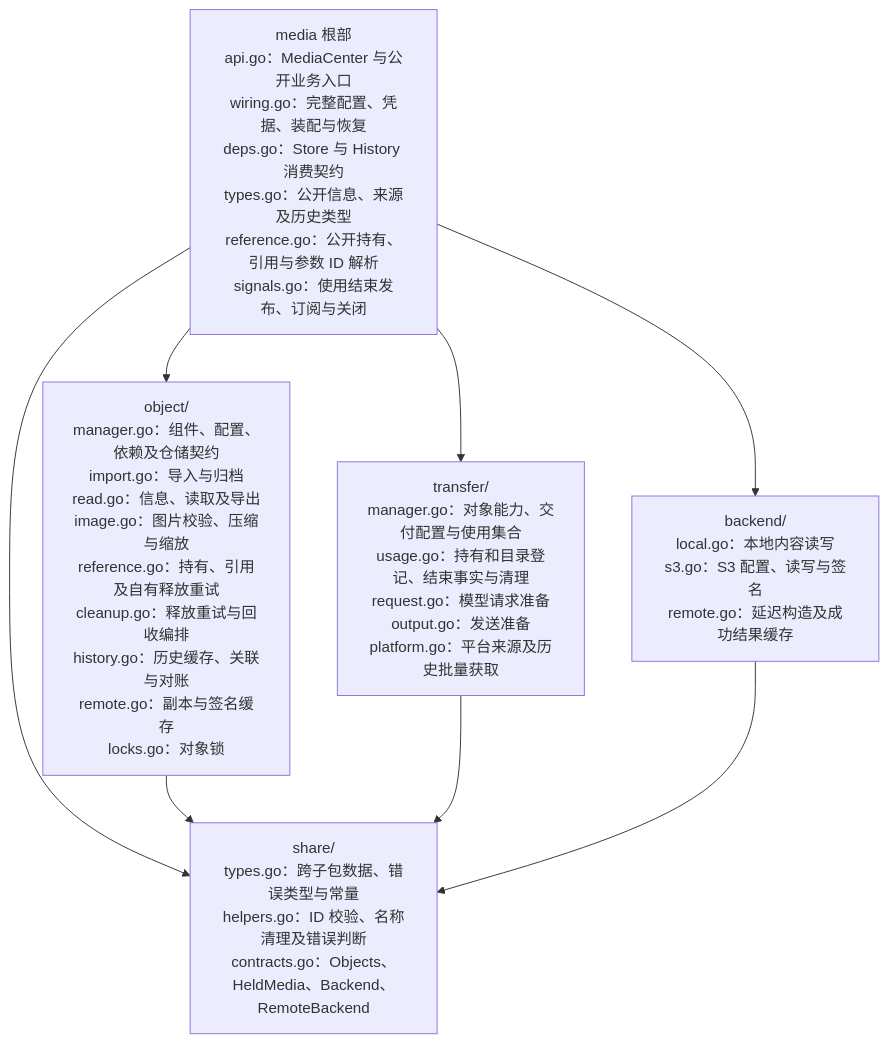
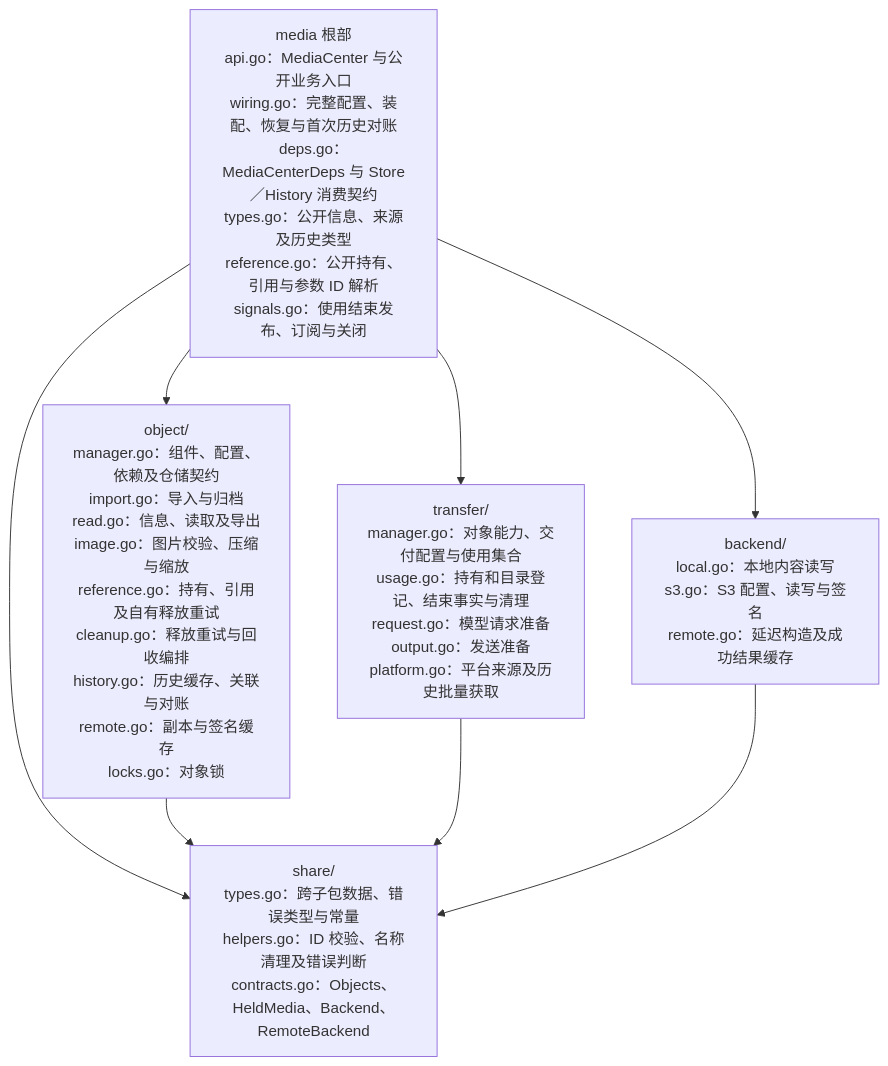
One commit to Elflare/elbot changed the third of 8 diagrams in devdocs/app-design.md. Above: the diagram before and after it, drawn with Mermaid. The commit also changed other lines of this file and 41 other files, not shown here.

````diff
--- a/devdocs/app-design.md
+++ b/devdocs/app-design.md
@@ -126,15 +138,15 @@
 ```mermaid
 flowchart TB
-    R["media 根部<br/>api.go：MediaCenter 与公开业务入口<br/>wiring.go：完整配置、凭据、装配与恢复<br/>deps.go：Store 与 History 消费契约<br/>types.go：公开信息、来源及历史类型<br/>reference.go：公开持有、引用与参数 ID 解析<br/>signals.go：使用结束发布、订阅与关闭"]
+    R["media 根部<br/>api.go：MediaCenter 与公开业务入口<br/>wiring.go：完整配置、装配、恢复与首次历史对账<br/>deps.go：MediaCenterDeps 与 Store／History 消费契约<br/>types.go：公开信息、来源及历史类型<br/>reference.go：公开持有、引用与参数 ID 解析<br/>signals.go：使用结束发布、订阅与关闭"]
     O["object/<br/>manager.go：组件、配置、依赖及仓储契约<br/>import.go：导入与归档<br/>read.go：信息、读取及导出<br/>image.go：图片校验、压缩与缩放<br/>reference.go：持有、引用及自有释放重试<br/>cleanup.go：释放重试与回收编排<br/>history.go：历史缓存、关联与对账<br/>remote.go：副本与签名缓存<br/>locks.go：对象锁"]
     T["transfer/<br/>manager.go：对象能力、交付配置与使用集合<br/>usage.go：持有和目录登记、结束事实与清理<br/>request.go：模型请求准备<br/>output.go：发送准备<br/>platform.go：平台来源及历史批量获取"]
     B["backend/<br/>local.go：本地内容读写<br/>s3.go：S3 配置、读写与签名<br/>remote.go：延迟构造及成功结果缓存"]
     S["share/<br/>types.go：跨子包数据、错误类型与常量<br/>helpers.go：ID 校验、名称清理及错误判断<br/>contracts.go：Objects、HeldMedia、Backend、RemoteBackend"]
     R --> O
     R --> T
     R --> B
     R --> S
     O --> S
     T --> S
     B --> S
 ```
````
